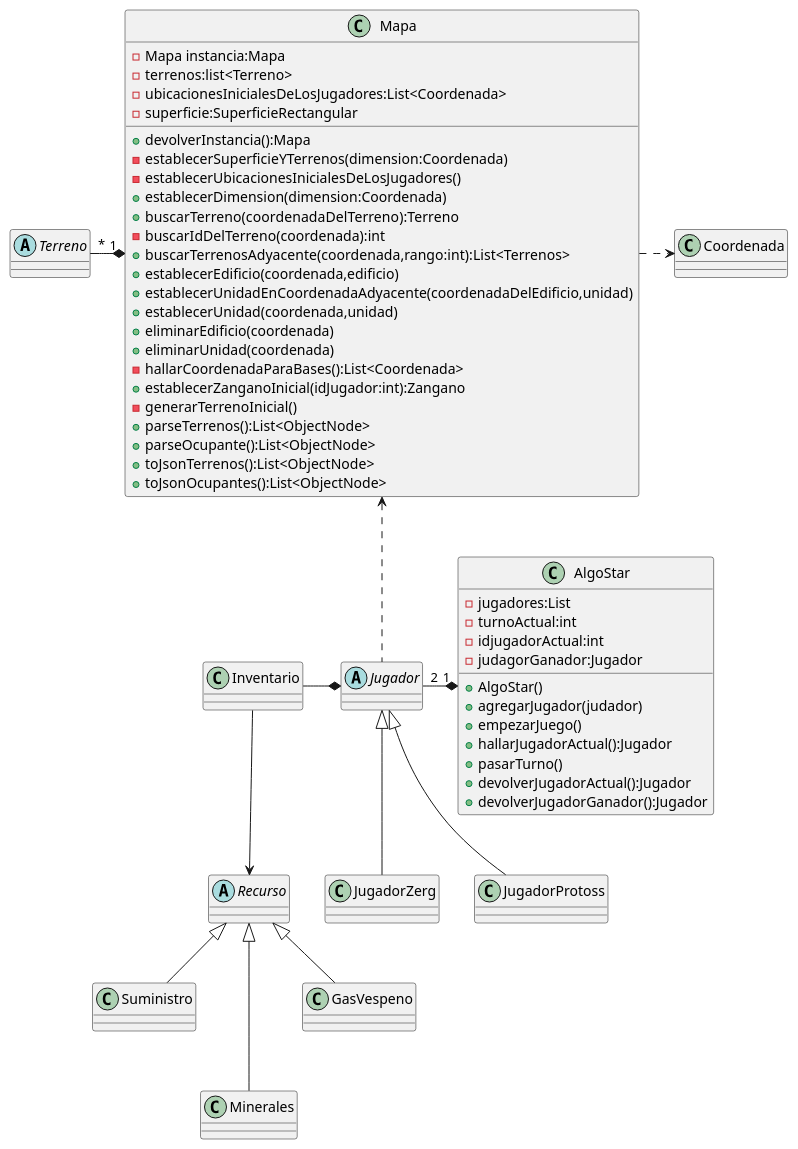
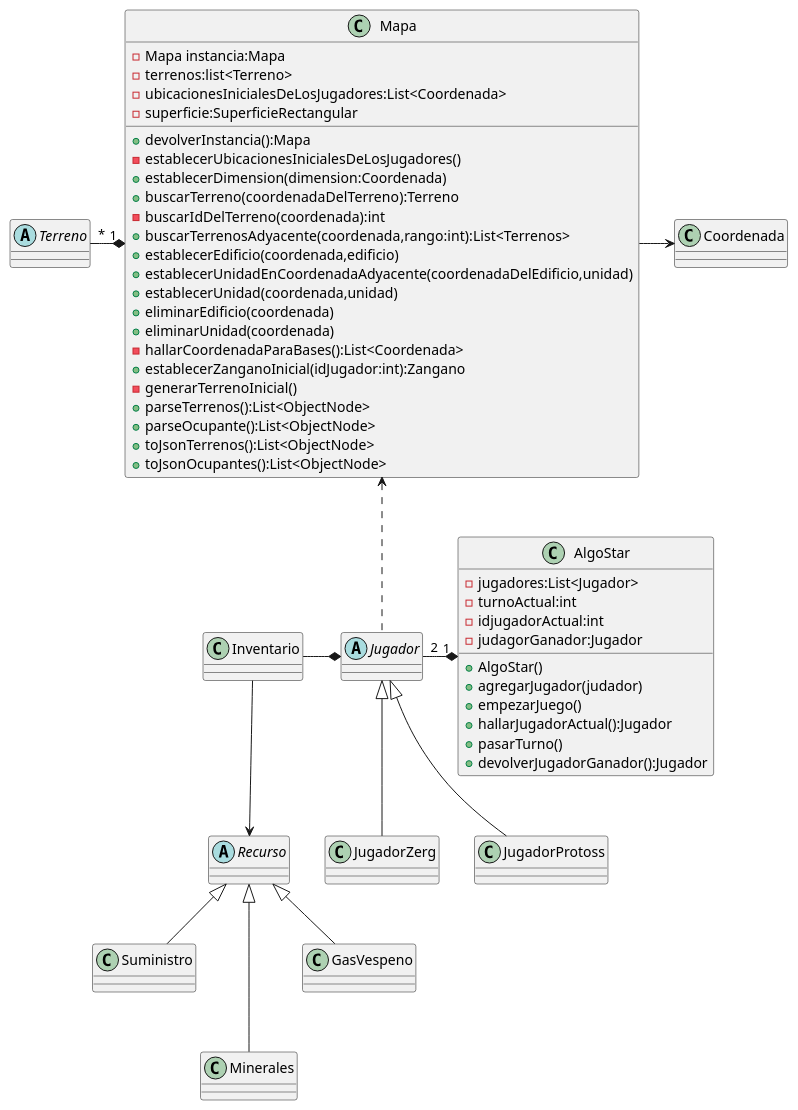
One commit to LucasMBarrientos/algo3_tp2 changed the diagram in diagrams/Modelo/class/clase_algoStar.puml. Above: the diagram before and after it, drawn with PlantUML. The commit also changed 27 other files, not shown here.

```diff
--- a/diagrams/Modelo/class/clase_algoStar.puml
+++ b/diagrams/Modelo/class/clase_algoStar.puml
@@ -1,81 +1,80 @@
 @startuml
 class AlgoStar{
--jugadores:List
+-jugadores:List<Jugador>
 -turnoActual:int
 -idjugadorActual:int
 - judagorGanador:Jugador
 '-mapa:Mapa
 +AlgoStar()
 '+AlgoStar(mapa)
 +agregarJugador(judador)
 +empezarJuego()
 +hallarJugadorActual():Jugador
 +pasarTurno()
-+devolverJugadorActual():Jugador
 +devolverJugadorGanador():Jugador
 }
 
 
 class Mapa {
 -Mapa instancia:Mapa
 -terrenos:list<Terreno>
 -ubicacionesInicialesDeLosJugadores:List<Coordenada>
 -superficie:SuperficieRectangular
 '+Mapa(coordenada)
 +devolverInstancia():Mapa
--establecerSuperficieYTerrenos(dimension:Coordenada)
 -establecerUbicacionesInicialesDeLosJugadores()
 +establecerDimension(dimension:Coordenada)
 +buscarTerreno(coordenadaDelTerreno):Terreno
 -buscarIdDelTerreno(coordenada):int
 +buscarTerrenosAdyacente(coordenada,rango:int):List<Terrenos>
 +establecerEdificio(coordenada,edificio)
 +establecerUnidadEnCoordenadaAdyacente(coordenadaDelEdificio,unidad)
 +establecerUnidad(coordenada,unidad)
 '+establecerUnidadDelMapa(coordenada,unidad)
 +eliminarEdificio(coordenada)
 +eliminarUnidad(coordenada)
 '+hallarTerrenoADistanciaRelativa(coordenada,direccionX:int,coordenada,direccionY:int):Terreno
 '+actualizar(turnoActual:int)
 '-actualizarTerrenosConUnidadesVisibles(listaCoordenadasAVisibilizar){
 -hallarCoordenadaParaBases():List<Coordenada>
 +establecerZanganoInicial(idJugador:int):Zangano
 -generarTerrenoInicial()
+'-establecerSuperficieYTerrenos(dimension:Coordenada)
 '-generarMohoAlrededorDeCriadero(coordenadaDelCriadero)
 '-generarMohoAlrededorDeCriaderos(listaCriaderos)
 '-generizarTerrenoEnergizadoAlrededorDePilon(coordenadaPilon)
 '-generizarTerrenoEnergizadoAlrededorDePilones(listaPilon)
 '+cubrirCoordenadasConMoho(listaCoordenadas)
 +parseTerrenos():List<ObjectNode>
 +parseOcupante():List<ObjectNode>
 +toJsonTerrenos():List<ObjectNode>
 +toJsonOcupantes():List<ObjectNode>
 '+actualizarTerrenosEnergizados(listaPilon)
 
 }
 
 
 abstract Jugador
 abstract Recurso
 abstract Terreno
 
 
 
 AlgoStar "1" *--left-"2" Jugador
 Jugador *-left- Inventario
 Jugador .up.>  Mapa
 Mapa "1" *-left--"*" Terreno
-Mapa .right.> Coordenada
+Mapa -right-> Coordenada
 
 
 Recurso <|--Suministro
 Recurso <|---Minerales
 Recurso <|--GasVespeno
 
 
 Jugador <|-- JugadorProtoss
 Jugador <|-- JugadorZerg
 
 
 Inventario -down->Recurso
 @enduml
```
